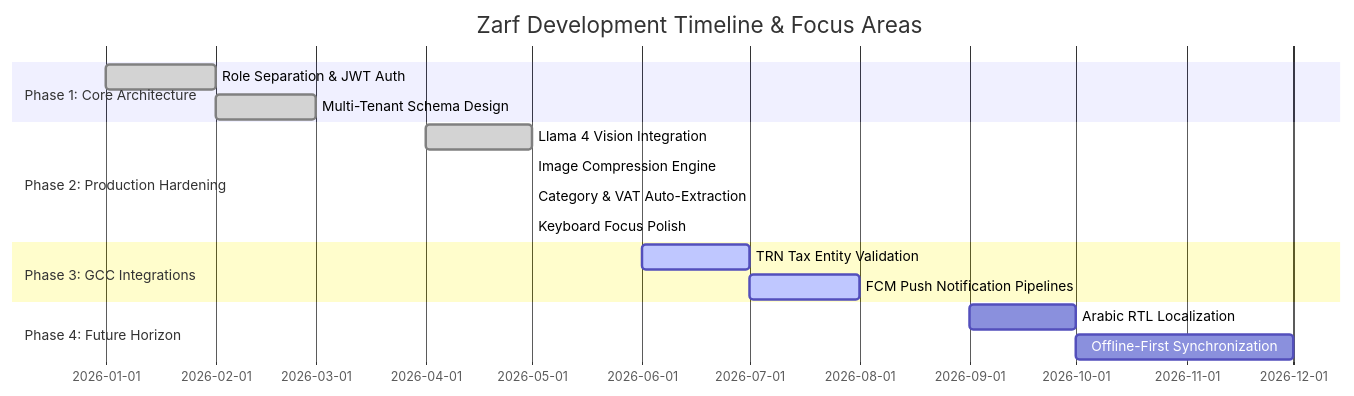
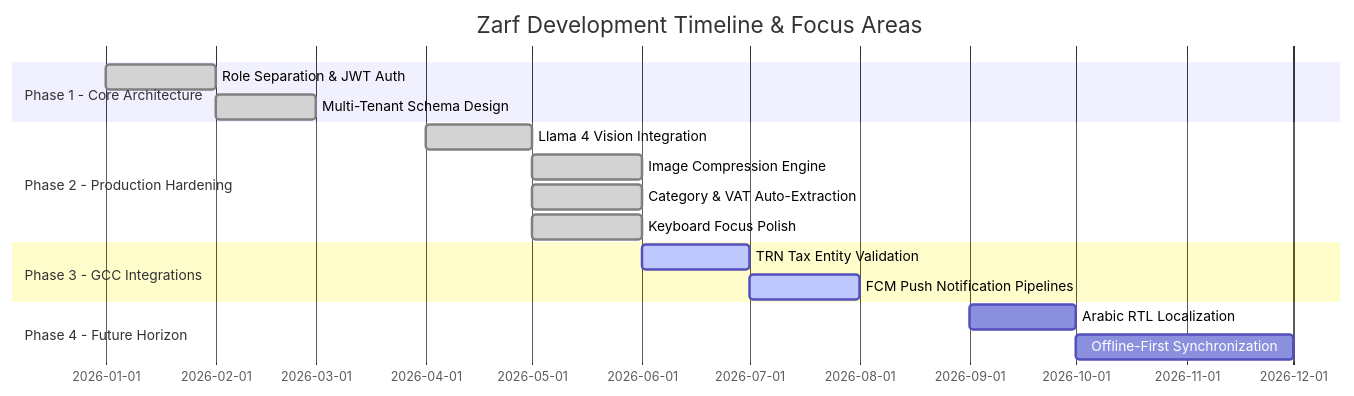
One commit to r6rizwan/Zarf changed the diagram in ROADMAP.md. Above: the diagram before and after it, drawn with Mermaid.

Commit message:
fix(docs): resolve Mermaid Gantt syntax issues by removing section colons

````diff
--- a/ROADMAP.md
+++ b/ROADMAP.md
@@ -9,19 +9,19 @@
 ```mermaid
 gantt
     title Zarf Development Timeline & Focus Areas
     dateFormat  YYYY-MM
-    section Phase 1: Core Architecture
+    section Phase 1 - Core Architecture
     Role Separation & JWT Auth         :done, p1, 2026-01, 2026-02
     Multi-Tenant Schema Design        :done, p2, 2026-02, 2026-03
-    section Phase 2: Production Hardening
+    section Phase 2 - Production Hardening
     Llama 4 Vision Integration         :done, p3, 2026-04, 2026-05
-    Image Compression Engine          :done, p4, 2026-05, 2026-05
-    Category & VAT Auto-Extraction    :done, p5, 2026-05, 2026-05
-    Keyboard Focus Polish             :done, p6, 2026-05, 2026-05
-    section Phase 3: GCC Integrations
+    Image Compression Engine          :done, p4, 2026-05, 2026-06
+    Category & VAT Auto-Extraction    :done, p5, 2026-05, 2026-06
+    Keyboard Focus Polish             :done, p6, 2026-05, 2026-06
+    section Phase 3 - GCC Integrations
     TRN Tax Entity Validation         :active, p7, 2026-06, 2026-07
     FCM Push Notification Pipelines   :active, p8, 2026-07, 2026-08
-    section Phase 4: Future Horizon
+    section Phase 4 - Future Horizon
     Arabic RTL Localization           : p9, 2026-09, 2026-10
     Offline-First Synchronization     : p10, 2026-10, 2026-12
 ```
````
